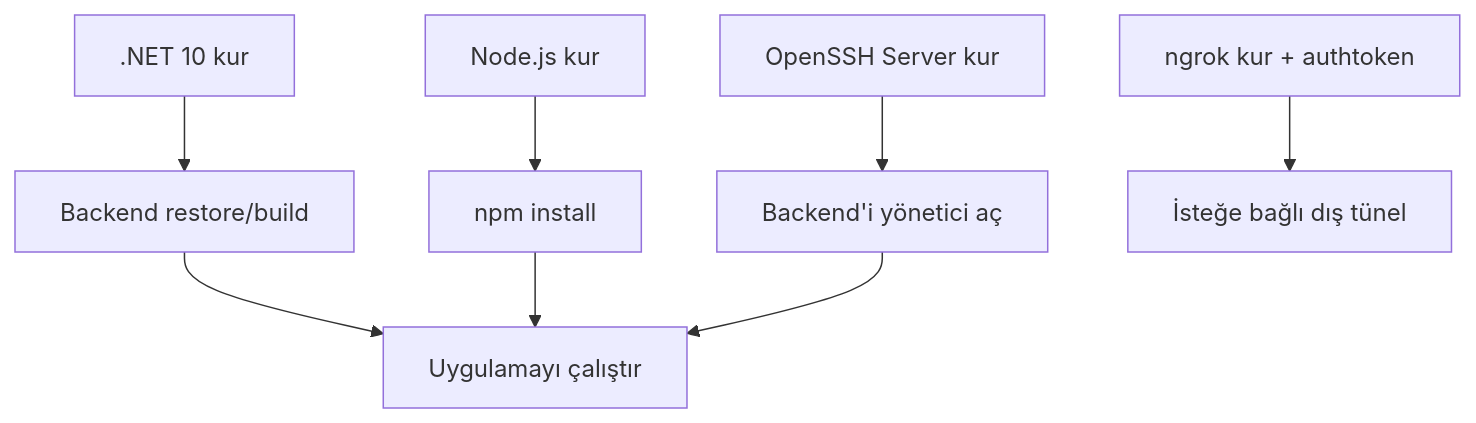
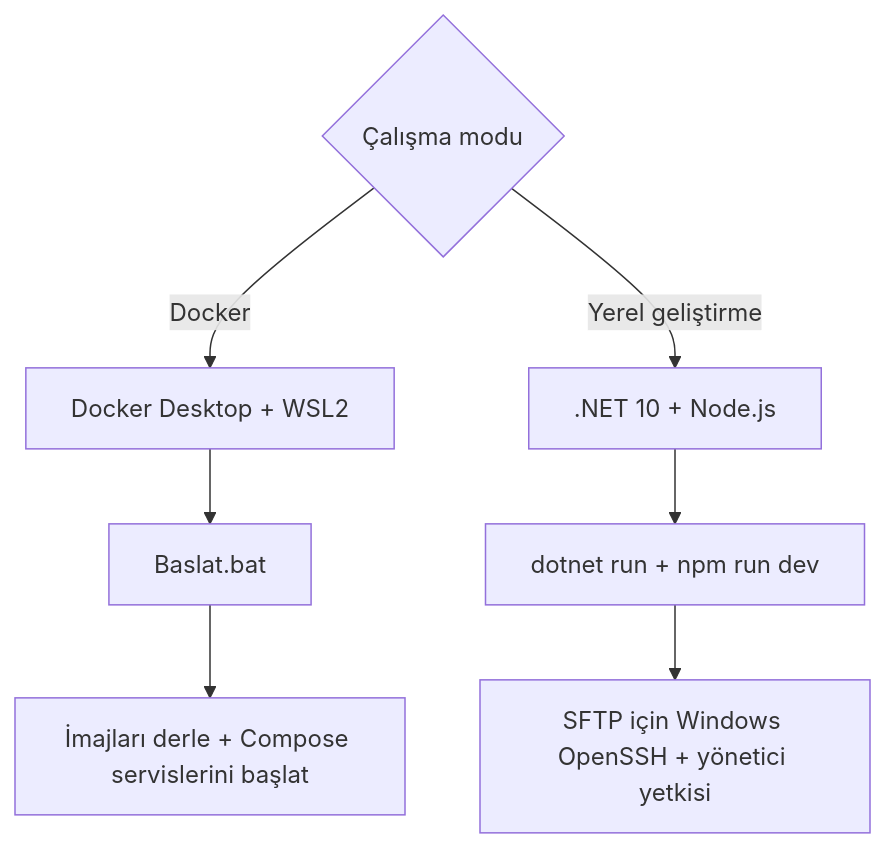
One commit to ottamina/FTP_Dosya_Yonetimi changed the first of 5 diagrams in docs/05_KURULUM_ISLETIM_VE_SORUN_GIDERME.md. Above: the diagram before and after it, drawn with Mermaid. The commit also changed other lines of this file and 9 other files, not shown here.

Commit message:
fix: restore ngrok token loading and update Docker docs

````diff
--- a/docs/05_KURULUM_ISLETIM_VE_SORUN_GIDERME.md
+++ b/docs/05_KURULUM_ISLETIM_VE_SORUN_GIDERME.md
@@ -14,10 +14,10 @@
 ```mermaid
 flowchart TD
-    Dotnet[".NET 10 kur"] --> Backend["Backend restore/build"]
-    Node["Node.js kur"] --> Frontend["npm install"]
-    OpenSsh["OpenSSH Server kur"] --> Admin["Backend'i yönetici aç"]
-    Ngrok["ngrok kur + authtoken"] --> Tunnel["İsteğe bağlı dış tünel"]
-    Backend --> Run
-    Frontend --> Run["Uygulamayı çalıştır"]
-    Admin --> Run
+    Mode{"Çalışma modu"}
+    Mode -->|"Docker"| Desktop["Docker Desktop + WSL2"]
+    Desktop --> Start["Baslat.bat"]
+    Start --> Compose["İmajları derle + Compose servislerini başlat"]
+    Mode -->|"Yerel geliştirme"| SDK[".NET 10 + Node.js"]
+    SDK --> Dev["dotnet run + npm run dev"]
+    Dev --> WinSftp["SFTP için Windows OpenSSH + yönetici yetkisi"]
 ```
````
